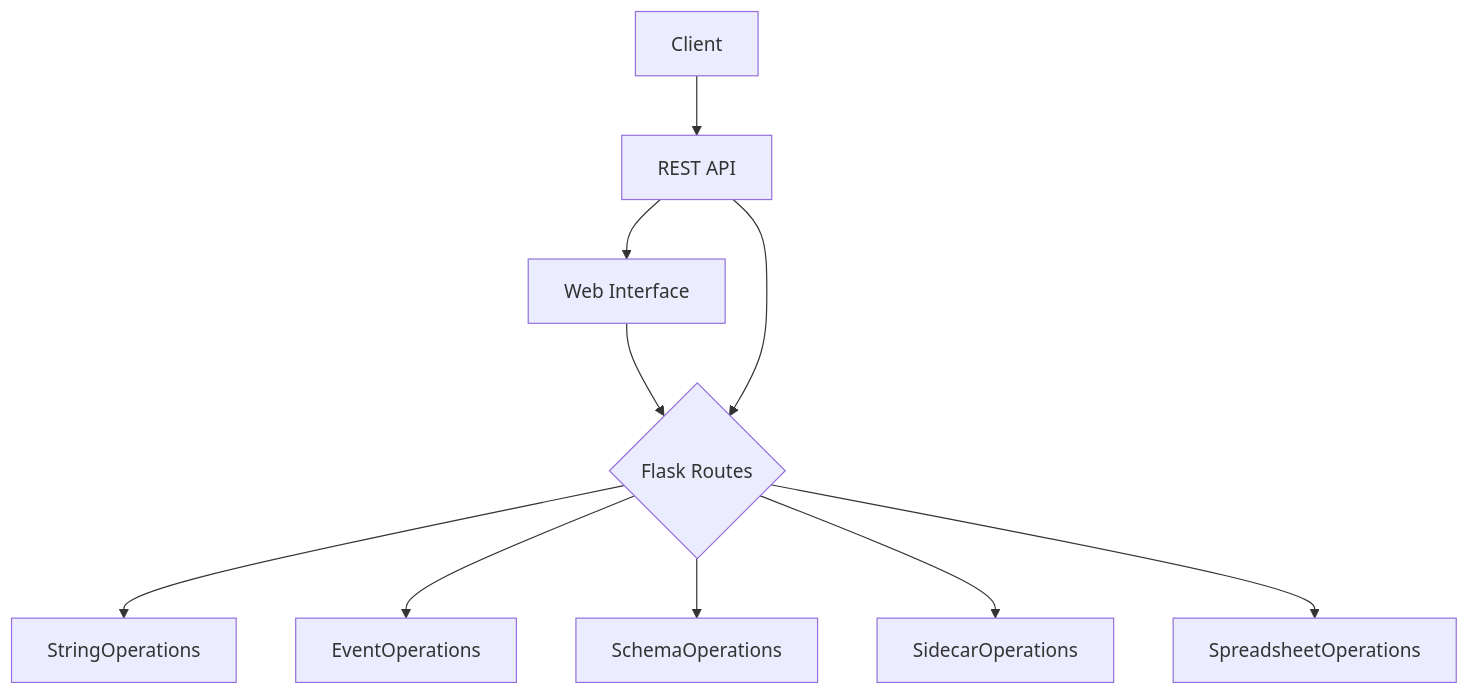
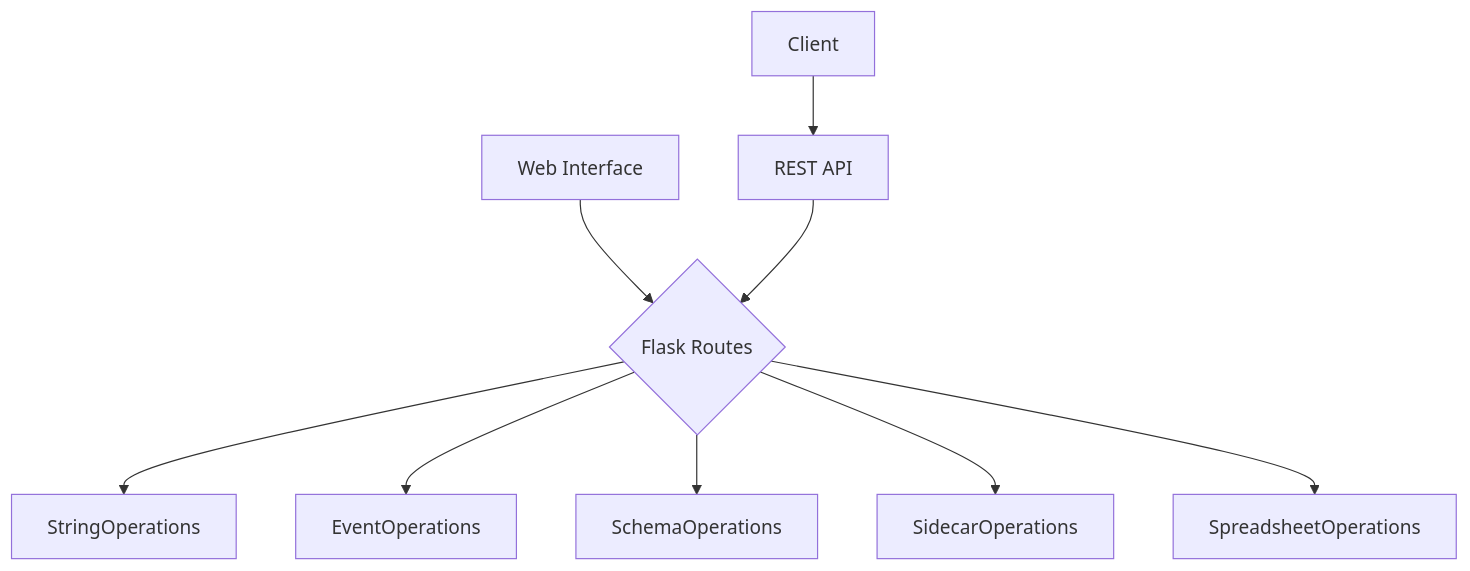
One commit to hed-standard/hed-web changed the diagram in docs/api/index.md. Above: the diagram before and after it, drawn with Mermaid. The commit also changed other lines of this file and 29 other files, not shown here.

````diff
--- a/docs/api/index.md
+++ b/docs/api/index.md
@@ -7,11 +7,11 @@
-```mermaid
+<div class="mermaid">
 graph TD
-    D[Browser] --> A[Web Interface] --> C{Flask Routes}
+    A[Web Interface] --> C{Flask Routes}
     B[Client] --> D[REST API] --> C
 
     C --> E[StringOperations]
     C --> F[EventOperations]
     C --> G[SchemaOperations]
     C --> H[SidecarOperations]
     C --> I[SpreadsheetOperations]
-```
+</div>
````
